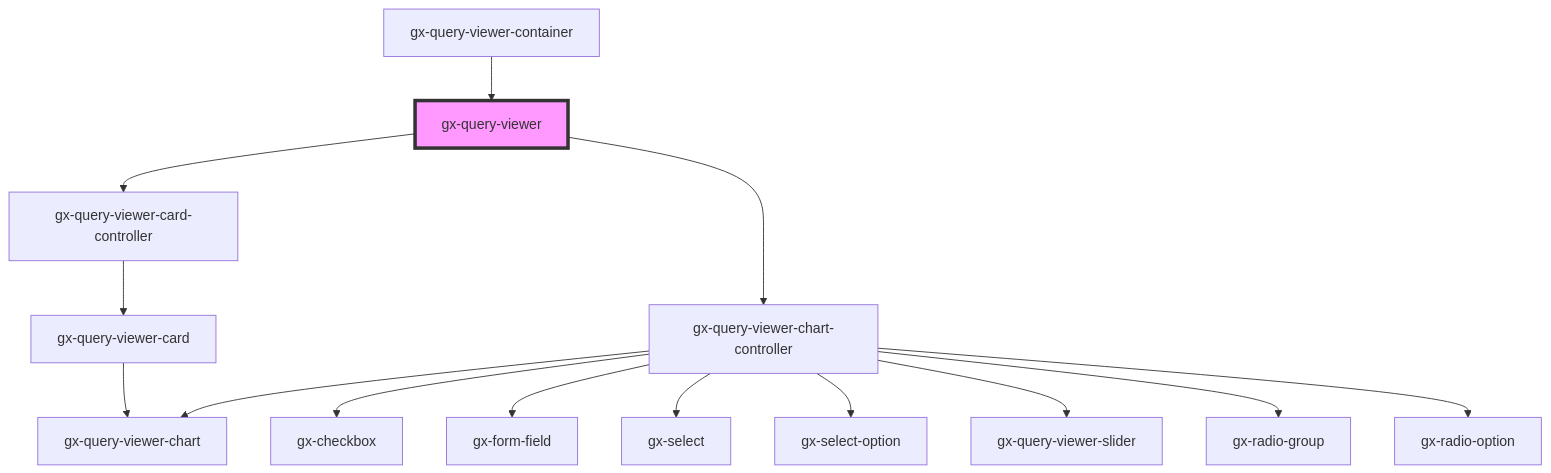
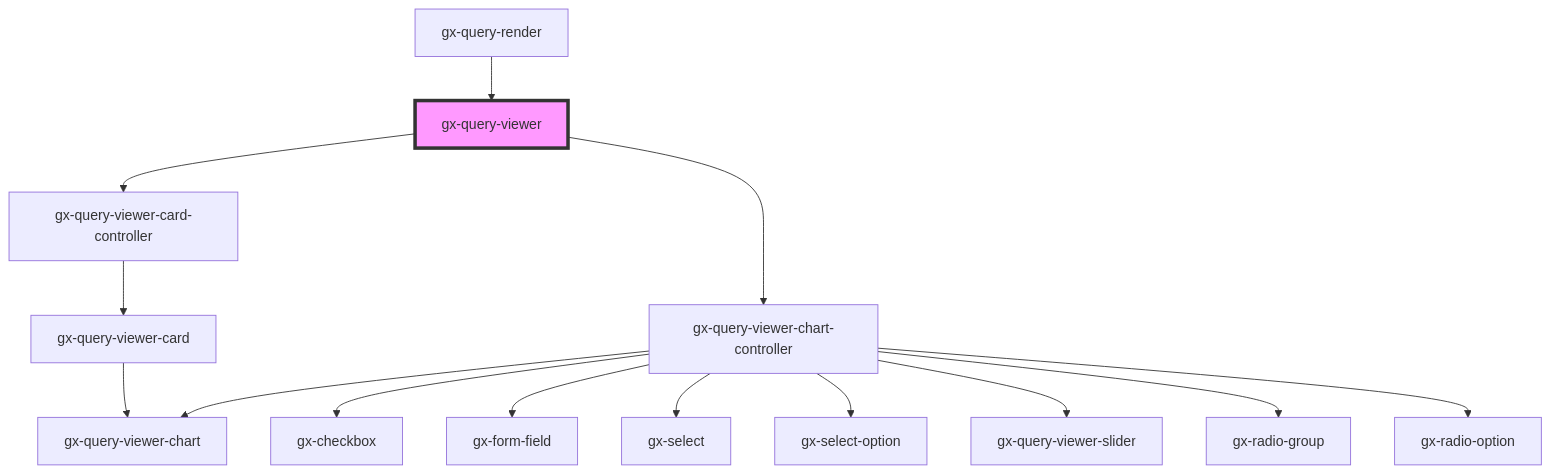
One commit to genexuslabs/reporting-controls-library changed the diagram in src/components/query-viewer/readme.md. Above: the diagram before and after it, drawn with Mermaid. The commit also changed other lines of this file and 26 other files, not shown here.

````diff
--- a/src/components/query-viewer/readme.md
+++ b/src/components/query-viewer/readme.md
@@ -68,17 +68,17 @@
 ```mermaid
 graph TD;
   gx-query-viewer --> gx-query-viewer-card-controller
   gx-query-viewer --> gx-query-viewer-chart-controller
   gx-query-viewer-card-controller --> gx-query-viewer-card
   gx-query-viewer-card --> gx-query-viewer-chart
   gx-query-viewer-chart-controller --> gx-query-viewer-chart
   gx-query-viewer-chart-controller --> gx-checkbox
   gx-query-viewer-chart-controller --> gx-form-field
   gx-query-viewer-chart-controller --> gx-select
   gx-query-viewer-chart-controller --> gx-select-option
   gx-query-viewer-chart-controller --> gx-query-viewer-slider
   gx-query-viewer-chart-controller --> gx-radio-group
   gx-query-viewer-chart-controller --> gx-radio-option
-  gx-query-viewer-container --> gx-query-viewer
+  gx-query-render --> gx-query-viewer
   style gx-query-viewer fill:#f9f,stroke:#333,stroke-width:4px
 ```
````
